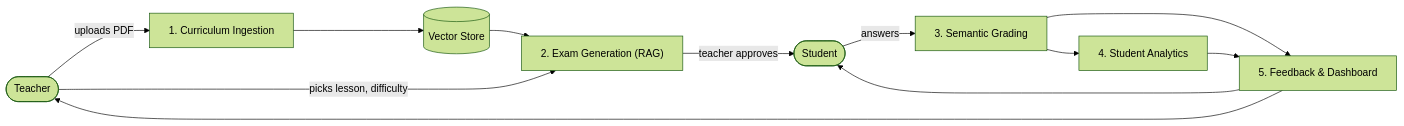
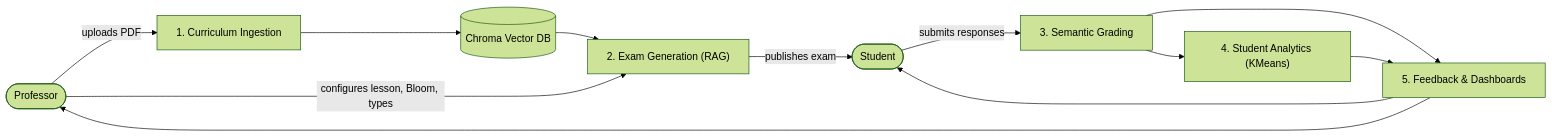
One commit to Rahma-Shaban/Intelligent-Educational-Assessment-System changed the diagram in README.md. Above: the diagram before and after it, drawn with Mermaid (forest theme). The commit also changed other lines of this file and 1 other file, not shown here.

````diff
--- a/README.md
+++ b/README.md
@@ -9,14 +9,14 @@
 ```mermaid
 flowchart LR
-    T([Teacher]) -->|uploads PDF| M1["1. Curriculum Ingestion"]
-    M1 --> VS[(Vector Store)]
+    T([Professor]) -->|uploads PDF| M1["1. Curriculum Ingestion"]
+    M1 --> VS[(Chroma Vector DB)]
     VS --> M2["2. Exam Generation (RAG)"]
-    T -->|picks lesson, difficulty| M2
-    M2 -->|teacher approves| S([Student])
-    S -->|answers| M3["3. Semantic Grading"]
-    M3 --> M4["4. Student Analytics"]
-    M3 --> M5["5. Feedback & Dashboard"]
+    T -->|configures lesson, Bloom, types| M2
+    M2 -->|publishes exam| S([Student])
+    S -->|submits responses| M3["3. Semantic Grading"]
+    M3 --> M4["4. Student Analytics (KMeans)"]
+    M3 --> M5["5. Feedback & Dashboards"]
     M4 --> M5
     M5 --> S
     M5 --> T
 ```
````
